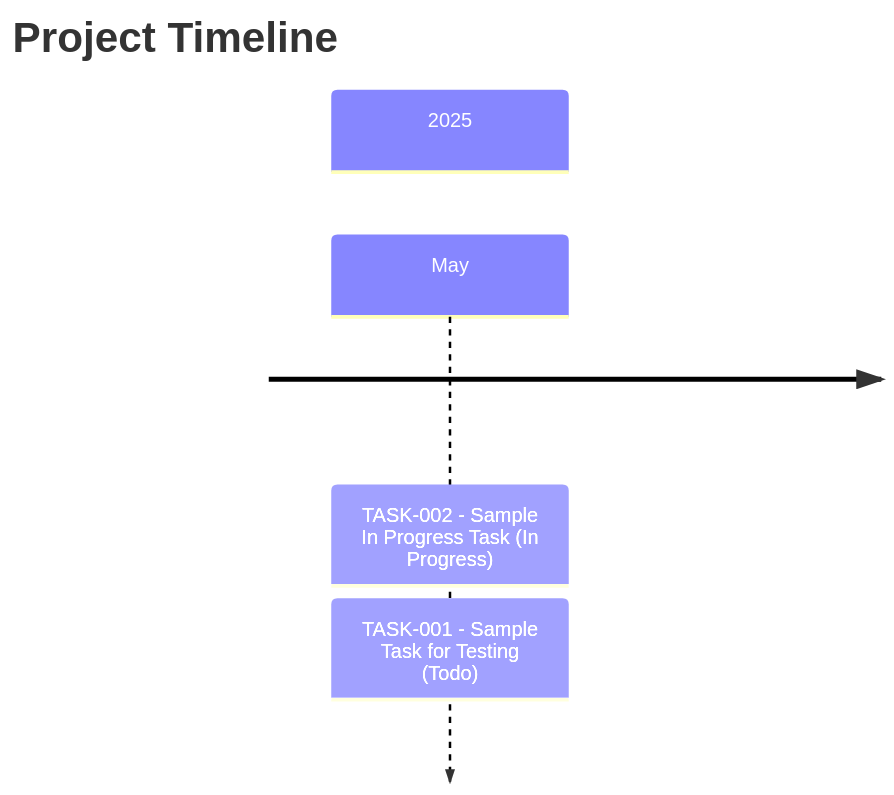
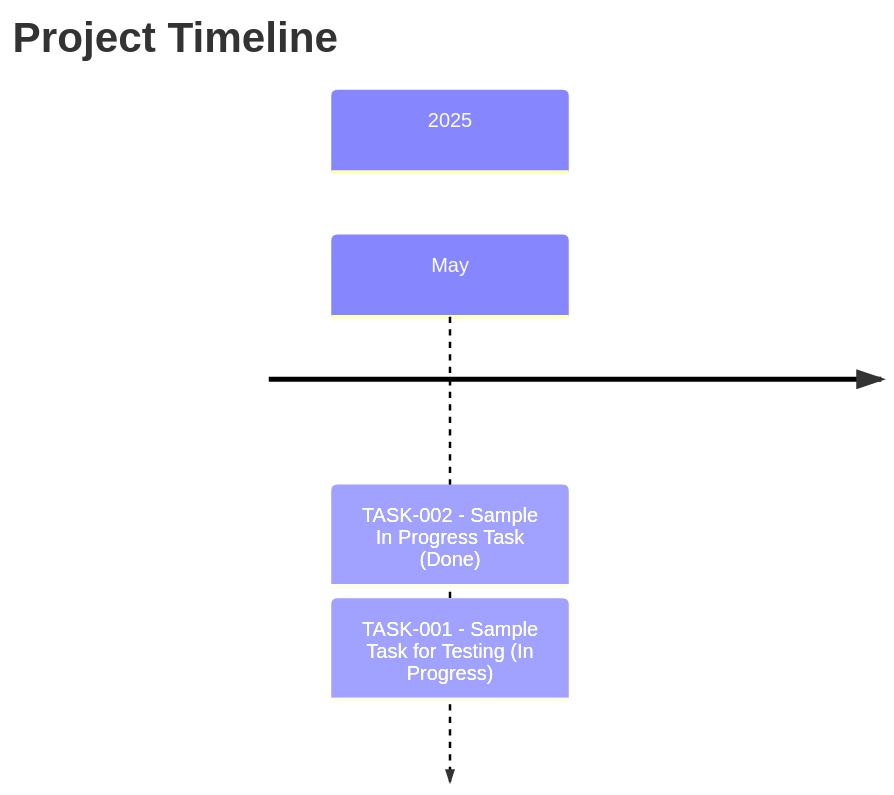
The second of 2 diagrams in plan.md (Interstellar-code/taskheromd), drawn with Mermaid before and after one commit. The commit also changed other lines of this file and 3 other files, not shown here.

````diff
--- a/plan.md
+++ b/plan.md
@@ -38,7 +38,7 @@
 ```mermaid
 timeline
     title Project Timeline
         section 2025
-        May : TASK-002 - Sample In Progress Task (In Progress)
-               : TASK-001 - Sample Task for Testing (Todo)
+        May : TASK-002 - Sample In Progress Task (Done)
+               : TASK-001 - Sample Task for Testing (In Progress)
 ```
````
